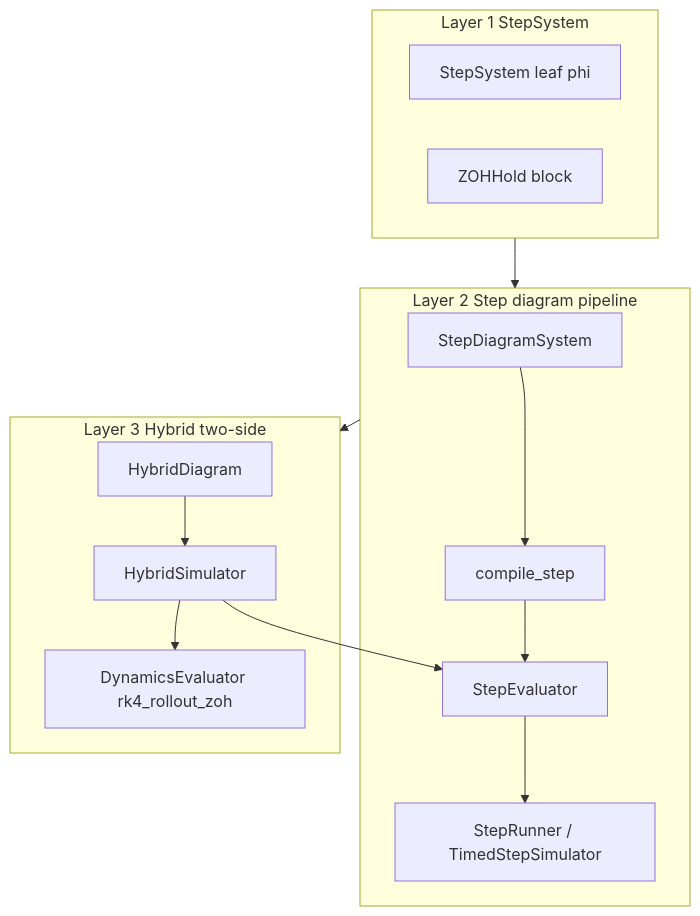
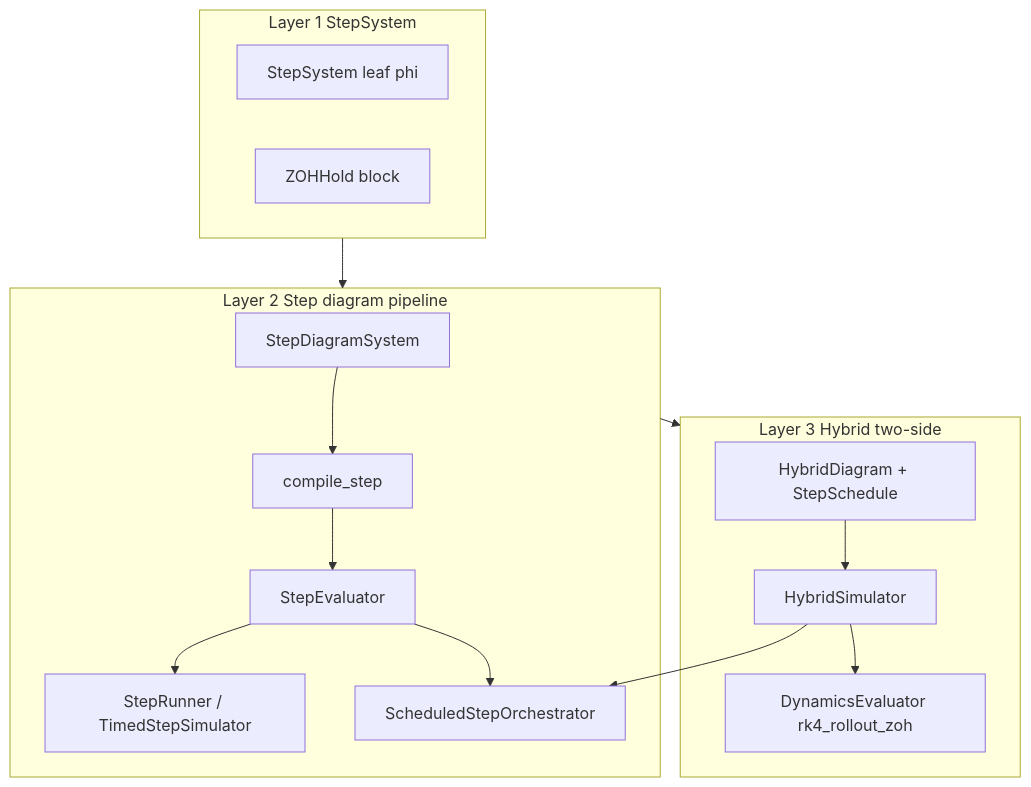
Before and after one commit to alx87grd/minilink: the fourth of 4 diagrams in docs/plans/hybrid-discrete-simulation.md, drawn with Mermaid. The commit also changed other lines of this file and 1 other file, not shown here.

First line of the commit message:
docs: Phase B multi-rate via orchestrator buffers (expansion optional)

````diff
--- a/docs/plans/hybrid-discrete-simulation.md
+++ b/docs/plans/hybrid-discrete-simulation.md
@@ -440,27 +500,29 @@
 ```mermaid
 flowchart TB
     subgraph layer1 [Layer 1 StepSystem]
         SS[StepSystem leaf phi]
         ZOH[ZOHHold block]
     end
 
     subgraph layer2 [Layer 2 Step diagram pipeline]
         SDS[StepDiagramSystem]
         SC[compile_step]
         SE[StepEvaluator]
         SR[StepRunner / TimedStepSimulator]
+        SO[ScheduledStepOrchestrator]
         SDS --> SC --> SE --> SR
+        SE --> SO
     end
 
     subgraph layer3 [Layer 3 Hybrid two-side]
-        HD[HybridDiagram]
+        HD[HybridDiagram + StepSchedule]
         HS[HybridSimulator]
         CE[DynamicsEvaluator rk4_rollout_zoh]
         HD --> HS
-        HS --> SE
+        HS --> SO
         HS --> CE
     end
 
     layer1 --> layer2
     layer2 --> layer3
 ```
````
